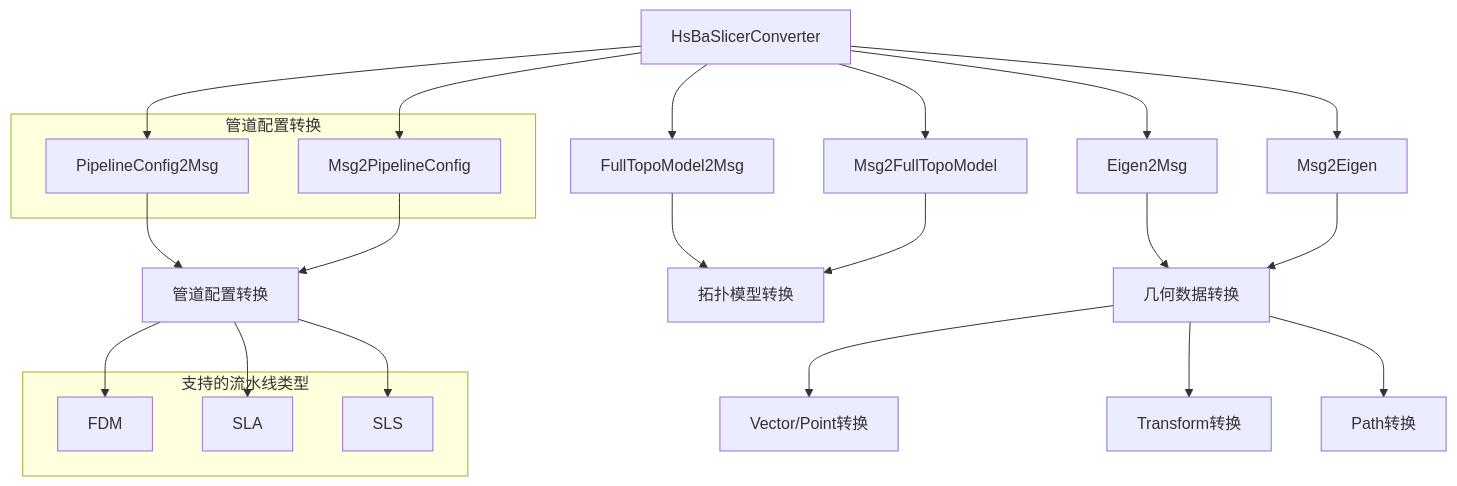
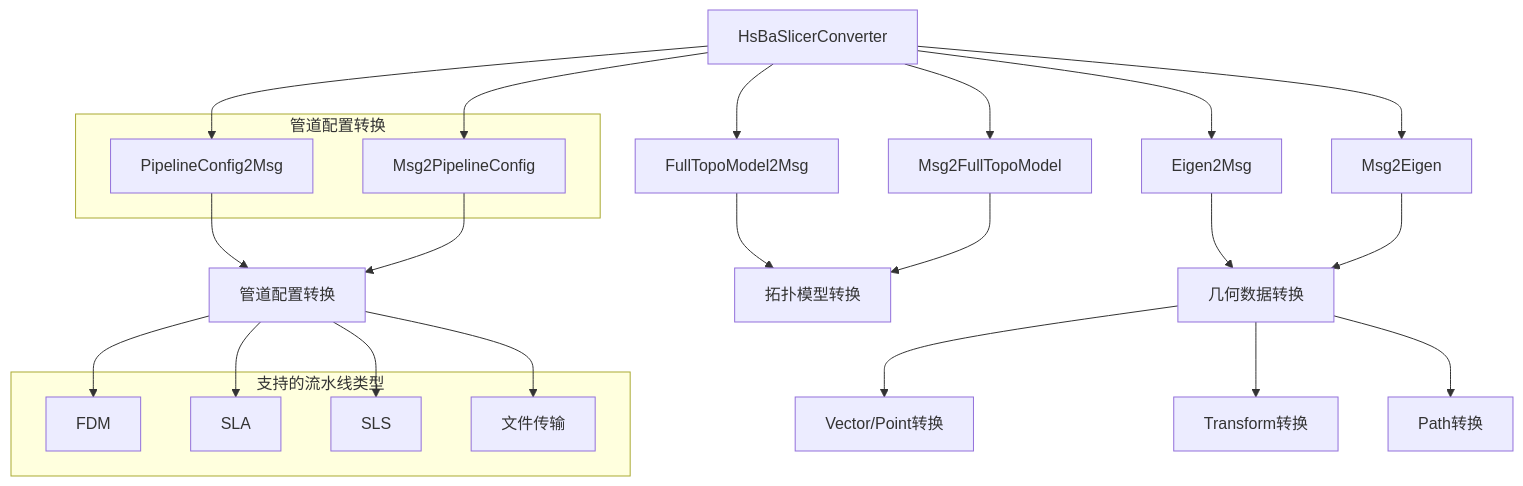
The sixth of 10 diagrams in .qoder/repowiki/zh/content/扩展与集成/Protobuf数据交换/Protobuf数据交换.md (hsmbanlance/HsBaSlicer), drawn with Mermaid before and after one commit. The commit also changed other lines of this file and 14 other files, not shown here.

````diff
--- a/.qoder/repowiki/zh/content/扩展与集成/Protobuf数据交换/Protobuf数据交换.md
+++ b/.qoder/repowiki/zh/content/扩展与集成/Protobuf数据交换/Protobuf数据交换.md
@@ -269,30 +275,32 @@
 ```mermaid
 graph TD
 A[HsBaSlicerConverter] --> B[Eigen2Msg]
 A --> C[Msg2Eigen]
 A --> D[FullTopoModel2Msg]
 A --> E[Msg2FullTopoModel]
 A --> F[PipelineConfig2Msg]
 A --> G[Msg2PipelineConfig]
 B --> H[几何数据转换]
 C --> H
 D --> I[拓扑模型转换]
 E --> I
 F --> J[管道配置转换]
 G --> J
 H --> K[Vector/Point转换]
 H --> L[Transform转换]
 H --> M[Path转换]
 subgraph "管道配置转换"
 F
 G
 end
 subgraph "支持的流水线类型"
 N[FDM]
 O[SLA]
 P[SLS]
+Q[文件传输]
 end
 J --> N
 J --> O
 J --> P
+J --> Q
 ```
````
